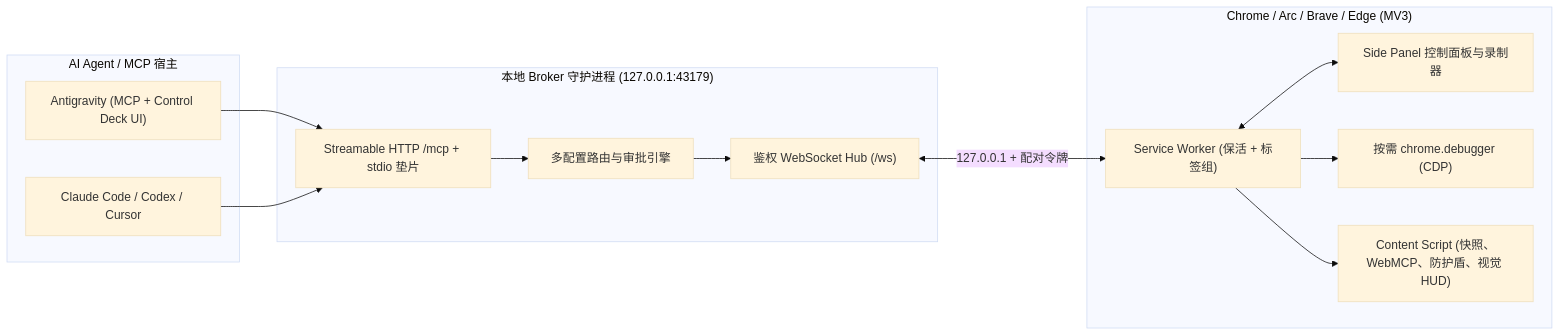
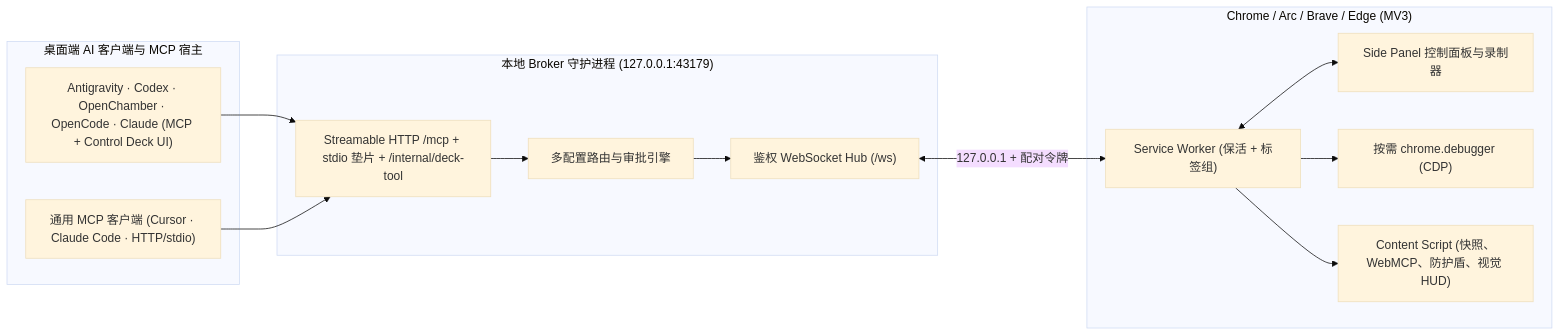
One commit to szybnev/chrome-browser-mcp changed the diagram in README.zh-CN.md. Above: the diagram before and after it, drawn with Mermaid (base theme). The commit also changed other lines of this file and 2 other files, not shown here.

````diff
--- a/README.zh-CN.md
+++ b/README.zh-CN.md
@@ -78,29 +78,29 @@
 ```mermaid
 flowchart LR
-    subgraph Clients["AI Agent / MCP 宿主"]
-        AGY["Antigravity (MCP + Control Deck UI)"]
-        CLI["Claude Code / Codex / Cursor"]
+    subgraph Clients["桌面端 AI 客户端与 MCP 宿主"]
+        DECK["Antigravity · Codex · OpenChamber · OpenCode · Claude (MCP + Control Deck UI)"]
+        CLI["通用 MCP 客户端 (Cursor · Claude Code · HTTP/stdio)"]
     end
 
     subgraph Broker["本地 Broker 守护进程 (127.0.0.1:43179)"]
-        MCP["Streamable HTTP /mcp + stdio 垫片"]
+        MCP["Streamable HTTP /mcp + stdio 垫片 + /internal/deck-tool"]
         HUB["多配置路由与审批引擎"]
         WS["鉴权 WebSocket Hub (/ws)"]
     end
 
     subgraph Chrome["Chrome / Arc / Brave / Edge (MV3)"]
         SW["Service Worker (保活 + 标签组)"]
         HUD["Side Panel 控制面板与录制器"]
         CDP["按需 chrome.debugger (CDP)"]
         CS["Content Script (快照、WebMCP、防护盾、视觉 HUD)"]
     end
 
-    AGY --> MCP
+    DECK --> MCP
     CLI --> MCP
     MCP --> HUB
     HUB --> WS
     WS <-->|"127.0.0.1 + 配对令牌"| SW
     SW <--> HUD
     SW --> CDP
     SW --> CS
 ```
````
